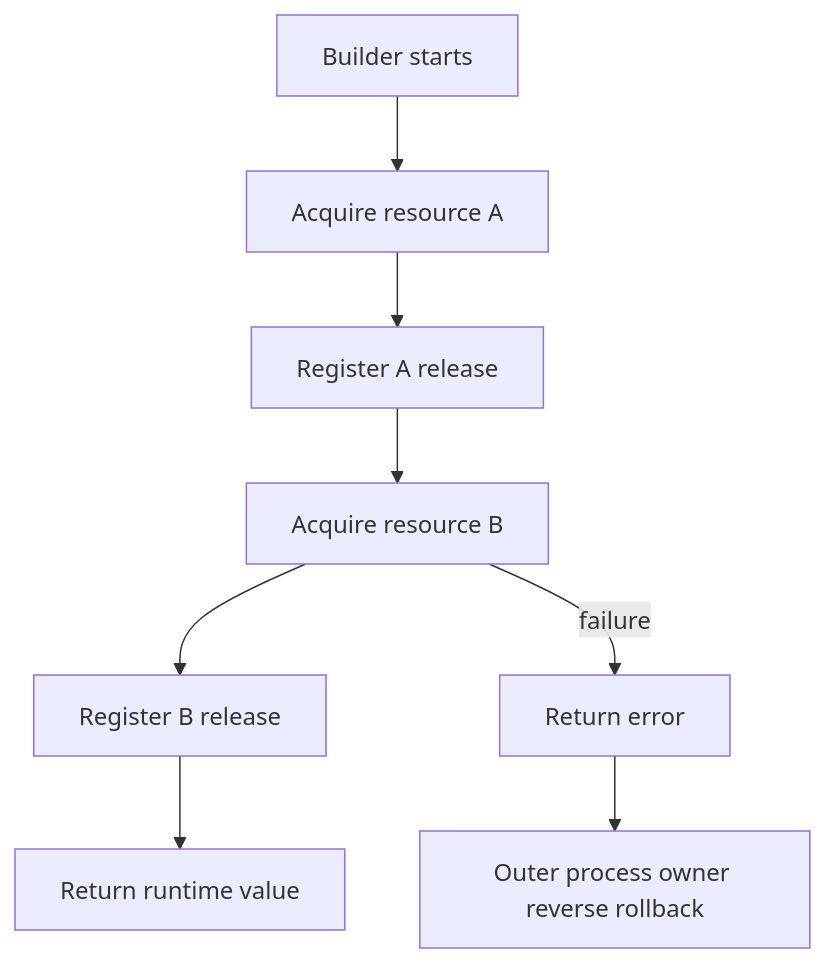
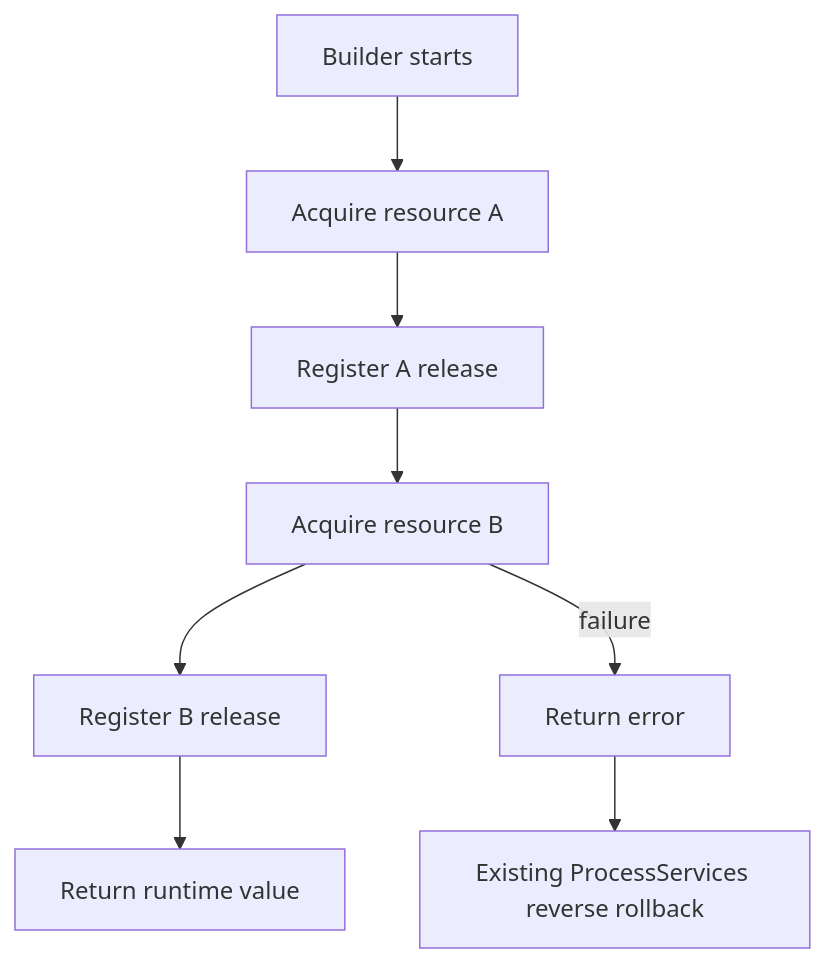
One commit to matdev83/go-llm-interactive-proxy changed the third of 4 diagrams in .kiro/specs/atomic-owned-resource-lifecycle/design.md. Above: the diagram before and after it, drawn with Mermaid. The commit also changed other lines of this file and 5 other files, not shown here.

````diff
--- a/.kiro/specs/atomic-owned-resource-lifecycle/design.md
+++ b/.kiro/specs/atomic-owned-resource-lifecycle/design.md
@@ -125,10 +125,10 @@
 ```mermaid
 flowchart TD
     Start[Builder starts] --> AcquireA[Acquire resource A]
     AcquireA --> OwnA[Register A release]
     OwnA --> AcquireB[Acquire resource B]
     AcquireB --> OwnB[Register B release]
     OwnB --> Build[Return runtime value]
     AcquireB -->|failure| Error[Return error]
-    Error --> Rollback[Outer process owner reverse rollback]
+    Error --> Rollback[Existing ProcessServices reverse rollback]
 ```
````
